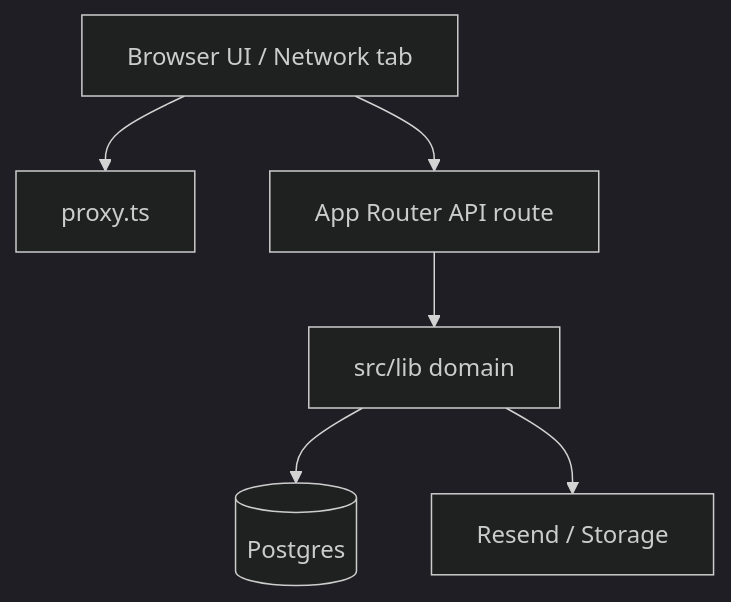
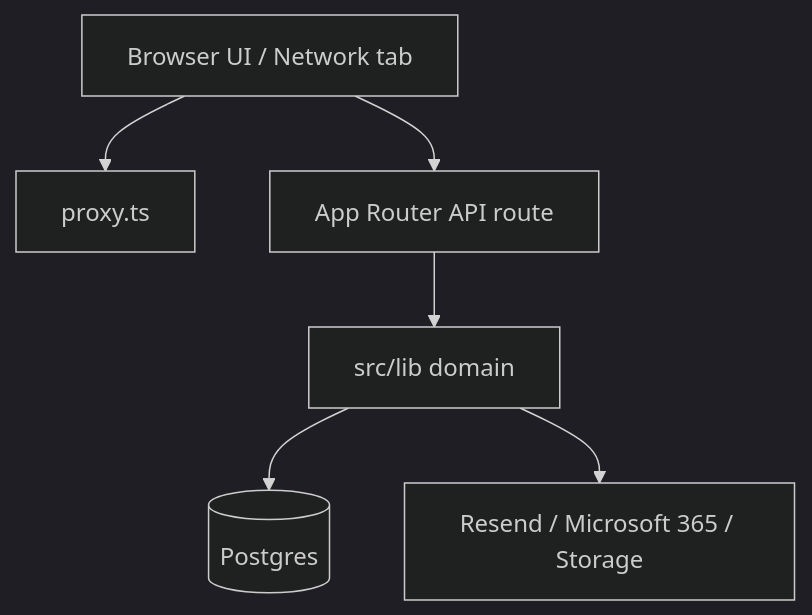
Before and after one commit to dotnetmike/CFCA_Registration: the diagram in docs/operations/debugging.md, drawn with Mermaid (dark theme). The commit also changed other lines of this file and 15 other files, not shown here.

````diff
--- a/docs/operations/debugging.md
+++ b/docs/operations/debugging.md
@@ -7,14 +7,14 @@
 ```mermaid
 flowchart TB
   UI[Browser UI / Network tab]
   MW[proxy.ts]
   API[App Router API route]
   Lib[src/lib domain]
   DB[(Postgres)]
-  Ext[Resend / Storage]
+  Ext[Resend / Microsoft 365 / Storage]
   UI --> MW
   UI --> API
   API --> Lib
   Lib --> DB
   Lib --> Ext
 ```
````
